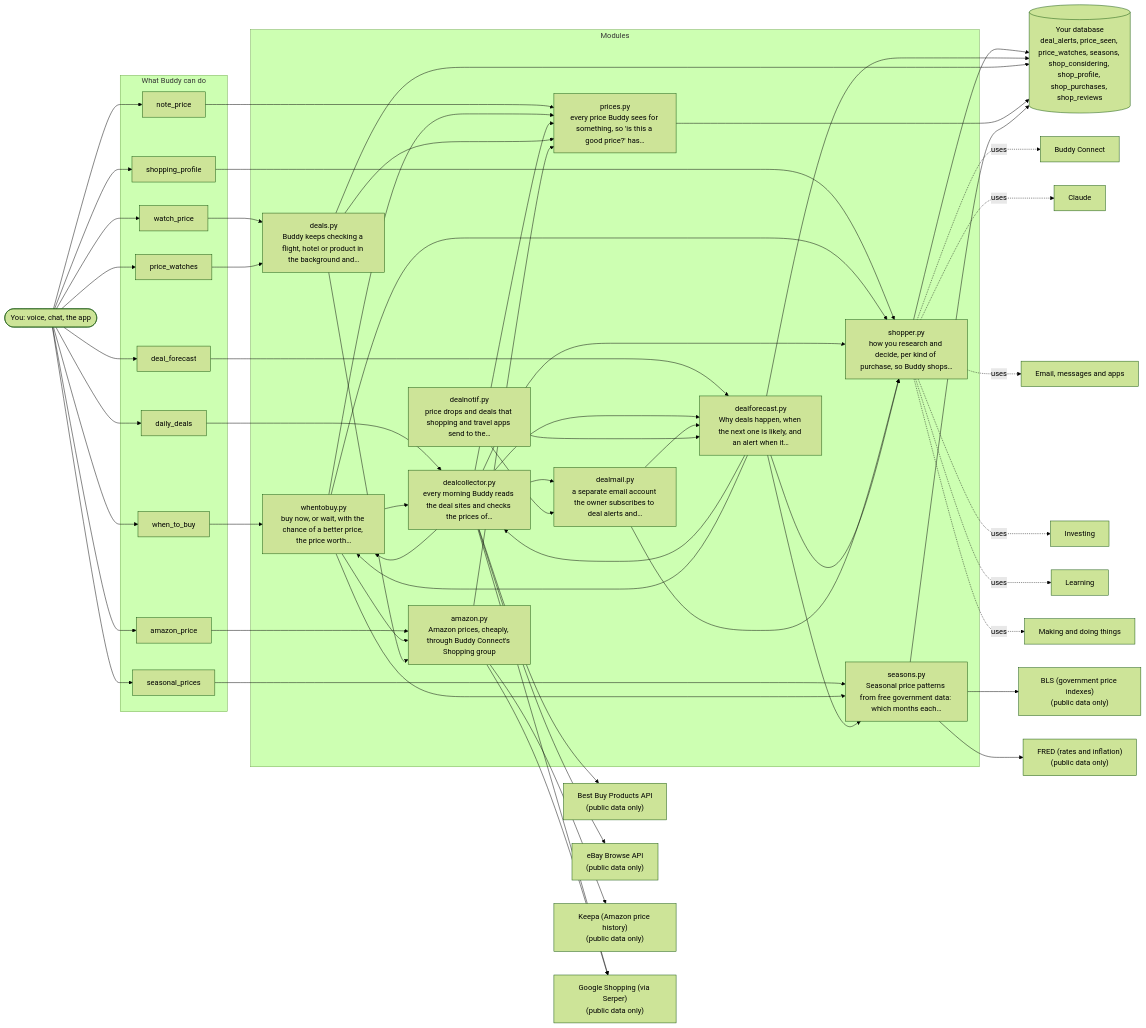
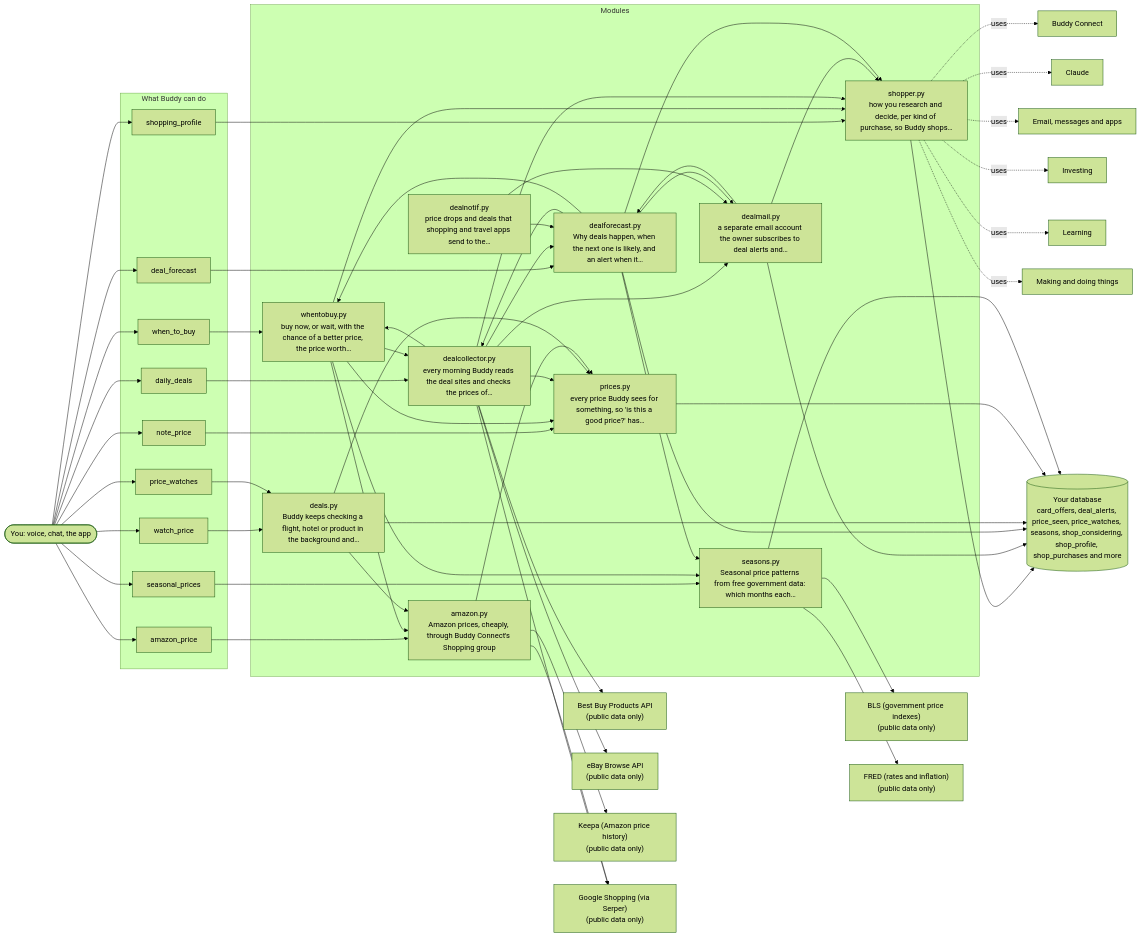
One commit to aneesh304810/BuddyAgent changed the diagram in docs/architecture/10-shopping-and-deals.md. Above: the diagram before and after it, drawn with Mermaid (forest theme). The commit also changed other lines of this file and 11 other files, not shown here.

```diff
--- a/docs/architecture/10-shopping-and-deals.md
+++ b/docs/architecture/10-shopping-and-deals.md
@@ -63,14 +63,16 @@
     dealnotif_py --> dealforecast_py
     dealnotif_py --> dealmail_py
     dealforecast_py --> dealcollector_py
+    dealforecast_py --> dealmail_py
     dealforecast_py --> seasons_py
     dealforecast_py --> shopper_py
     dealforecast_py --> whentobuy_py
     deals_py --> amazon_py
     deals_py --> prices_py
     amazon_py --> prices_py
-    db[("Your database<br/>deal_alerts, price_seen, price_watches, seasons, shop_considering, shop_profile, shop_purchases, shop_reviews")]
+    db[("Your database<br/>card_offers, deal_alerts, price_seen, price_watches, seasons, shop_considering, shop_profile, shop_purchases and more")]
     shopper_py --> db
+    dealmail_py --> db
     dealforecast_py --> db
     deals_py --> db
     prices_py --> db
```
